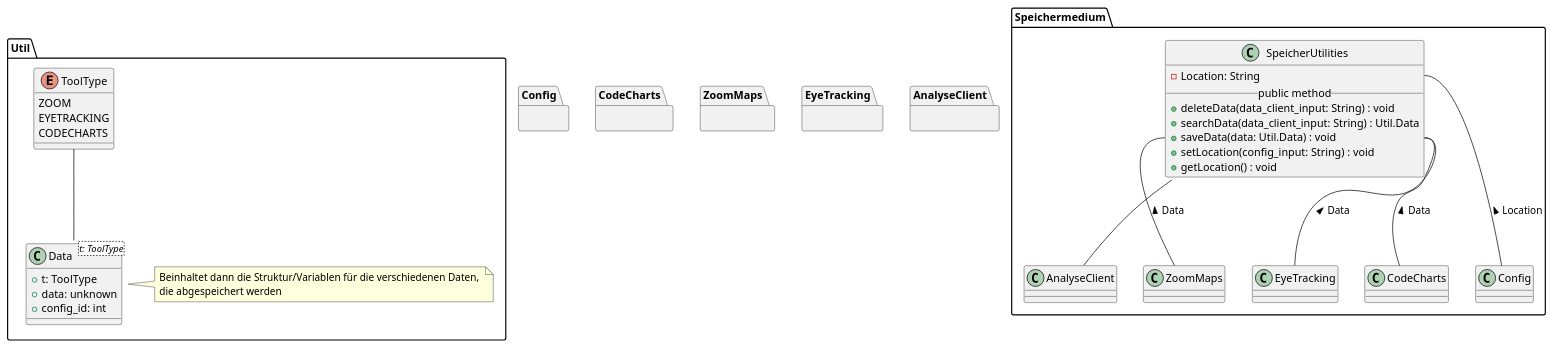
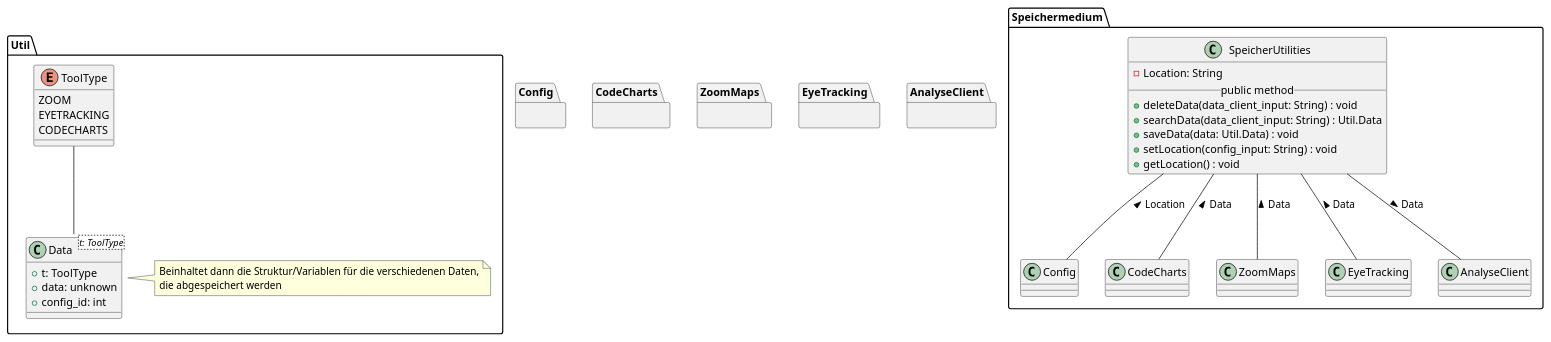
One commit to weichware10/meilensteine changed the diagram in meilenstein_03/uml-speichermedium/speichermedium.puml. Above: the diagram before and after it, drawn with PlantUML.

Commit message:
Formattierung und Übersichtlichkeit

```diff
--- a/meilenstein_03/uml-speichermedium/speichermedium.puml
+++ b/meilenstein_03/uml-speichermedium/speichermedium.puml
@@ -1,62 +1,58 @@
 @startuml speichermedium
 ' === Speichermedium ===
 package Speichermedium {
-      ' SpeicherUtilities
-      class SpeicherUtilities {
-         - Location: String
-         __public method__
-         + deleteData(data_client_input: String) : void
-         + searchData(data_client_input: String) : Util.Data
-         + saveData(data: Util.Data) : void
-         + setLocation(config_input: String) : void
-         + getLocation() : void
-     }
+    ' SpeicherUtilities
+    class SpeicherUtilities {
+        - Location: String
+        __public method__
+        + deleteData(data_client_input: String) : void
+        + searchData(data_client_input: String) : Util.Data
+        + saveData(data: Util.Data) : void
+        + setLocation(config_input: String) : void
+        + getLocation() : void
+    }
 
-      
-
-     ' Andere Module
-     SpeicherUtilities::Location -- Config : < Location
-     SpeicherUtilities::saveData -- CodeCharts : < Data
-     SpeicherUtilities::saveData -- ZoomMaps : < Data
-     SpeicherUtilities::saveData -- EyeTracking : < Data
-     SpeicherUtilities -- AnalyseClient
+    ' Andere Module
+    SpeicherUtilities -- Config : < Location
+    SpeicherUtilities -- CodeCharts : < Data
+    SpeicherUtilities -- ZoomMaps : < Data
+    SpeicherUtilities -- EyeTracking : < Data
+    SpeicherUtilities -- AnalyseClient : > Data
 }
 
 package Util {
 
-class Data<t: ToolType> {
-         + t: ToolType
-         + data: unknown
-         + config_id: int
-     }
+    class Data<t: ToolType> {
+        + t: ToolType
+        + data: unknown
+        + config_id: int
+    }
 
-note right of Data
-   Beinhaltet dann die Struktur/Variablen für die verschiedenen Daten, 
-   die abgespeichert werden
-end note
+    note right of Data
+        Beinhaltet dann die Struktur/Variablen für die verschiedenen Daten,
+        die abgespeichert werden
+    end note
 
-      
+    ' Interaktionen
+    ToolType -- Data::type
 
-' Interaktionen
-ToolType -- Data::type
-
-' ToolType
-      enum ToolType {
-       ZOOM
-       EYETRACKING
-       CODECHARTS
-     }
+    ' ToolType
+    enum ToolType {
+        ZOOM
+        EYETRACKING
+        CODECHARTS
+    }
 
 }
 ' Blackboxen / Andere Module
- package Config {}
+package Config {}
 
- package CodeCharts {}
+package CodeCharts {}
 
- package ZoomMaps {}
+package ZoomMaps {}
 
- package EyeTracking {}
+package EyeTracking {}
 
- package AnalyseClient {}
+package AnalyseClient {}
 
 @enduml
```
